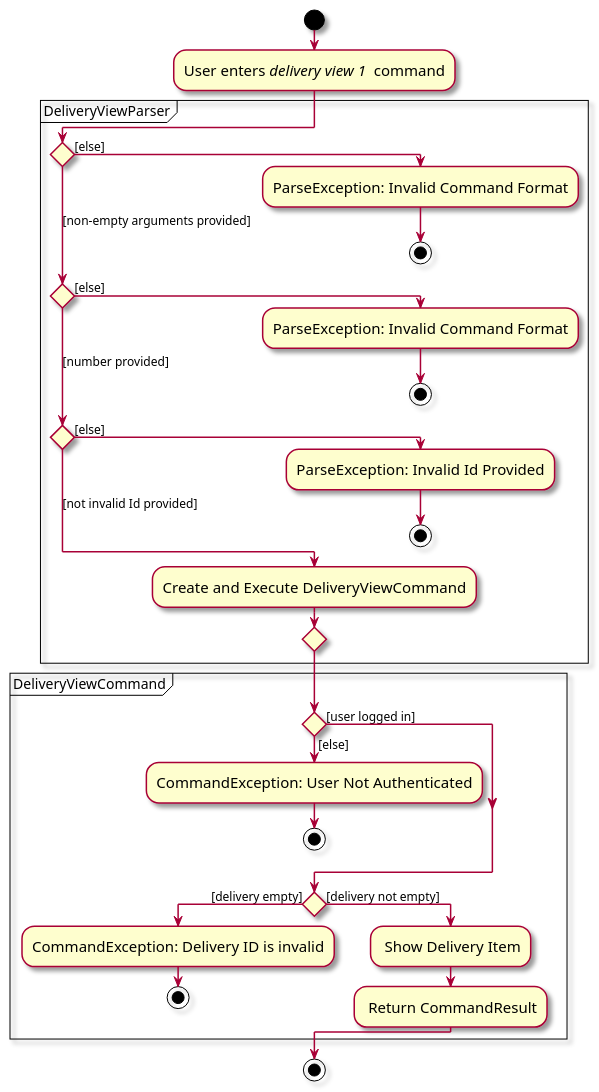
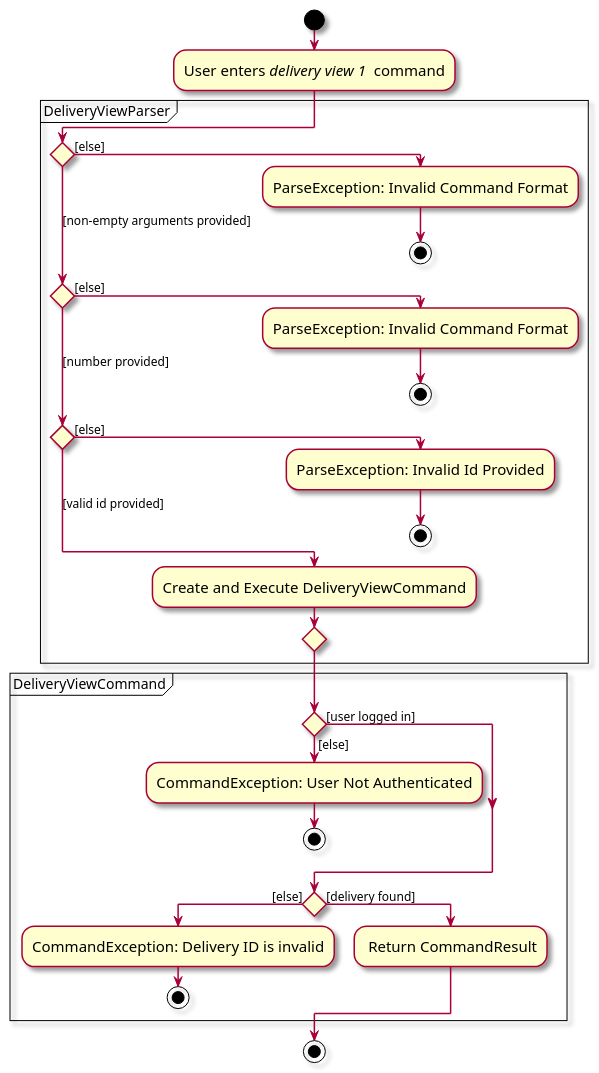
Before and after one commit to zhonghan721/tp: the diagram in docs/diagrams/implementation/delivery/DeliveryViewActivityDiagram.puml, drawn with PlantUML. The commit also changed 4 other files, not shown here.

```diff
--- a/docs/diagrams/implementation/delivery/DeliveryViewActivityDiagram.puml
+++ b/docs/diagrams/implementation/delivery/DeliveryViewActivityDiagram.puml
@@ -1,41 +1,40 @@
 @startuml
 skin rose
 skinparam ActivityFontSize 15
 skinparam ArrowFontSize 12
 
 !pragma useVerticalIf on
 start
 :User enters <i>delivery view 1 </i> command;
 partition DeliveryViewParser {
     if () then ([else])
         :ParseException: Invalid Command Format;
         stop
     ([non-empty arguments provided]) elseif () then ([else])
         :ParseException: Invalid Command Format;
         stop
     ([number provided]) elseif () then ([else])
         :ParseException: Invalid Id Provided;
         stop
-    else ([not invalid Id provided])
+    else ([valid id provided])
         :Create and Execute DeliveryViewCommand;
         endif
 }
 
 partition DeliveryViewCommand {
     if () then ([else])
         :CommandException: User Not Authenticated;
         stop
         else ([user logged in])
     endif
-    if () then ([delivery empty])
+    if () then ([else])
         :CommandException: Delivery ID is invalid;
         stop
-    else ([delivery not empty])
-        : Show Delivery Item;
+    else ([delivery found])
         : Return CommandResult;
     endif
 }
 
 stop
 
 @enduml
```
